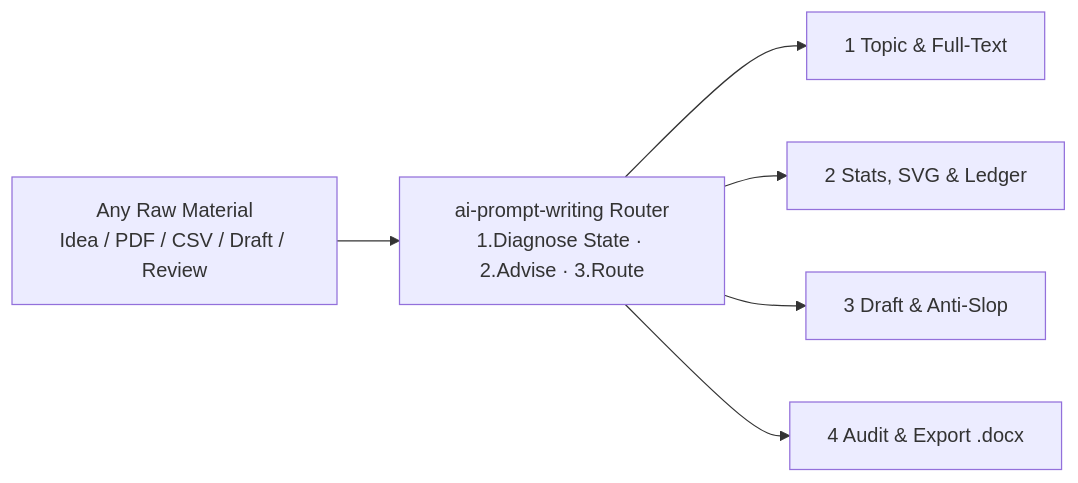
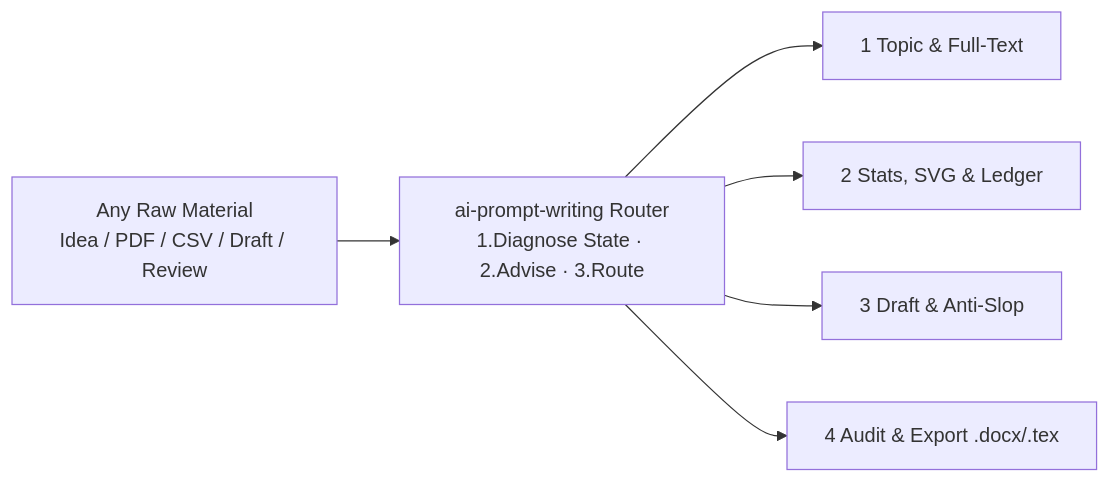
Before and after one commit to huh7i5/AI-prompts-writing: the diagram in README.en.md, drawn with Mermaid. The commit also changed other lines of this file and 9 other files, not shown here.

````diff
--- a/README.en.md
+++ b/README.en.md
@@ -1646,8 +1658,8 @@
 ```mermaid
 flowchart LR
     Raw["Any Raw Material<br>Idea / PDF / CSV / Draft / Review"] --> Router["ai-prompt-writing Router<br>1.Diagnose State · 2.Advise · 3.Route"]
     Router --> S1["1 Topic & Full-Text"]
     Router --> S2["2 Stats, SVG & Ledger"]
     Router --> S3["3 Draft & Anti-Slop"]
-    Router --> S4["4 Audit & Export .docx"]
+    Router --> S4["4 Audit & Export .docx/.tex"]
 ```
````
